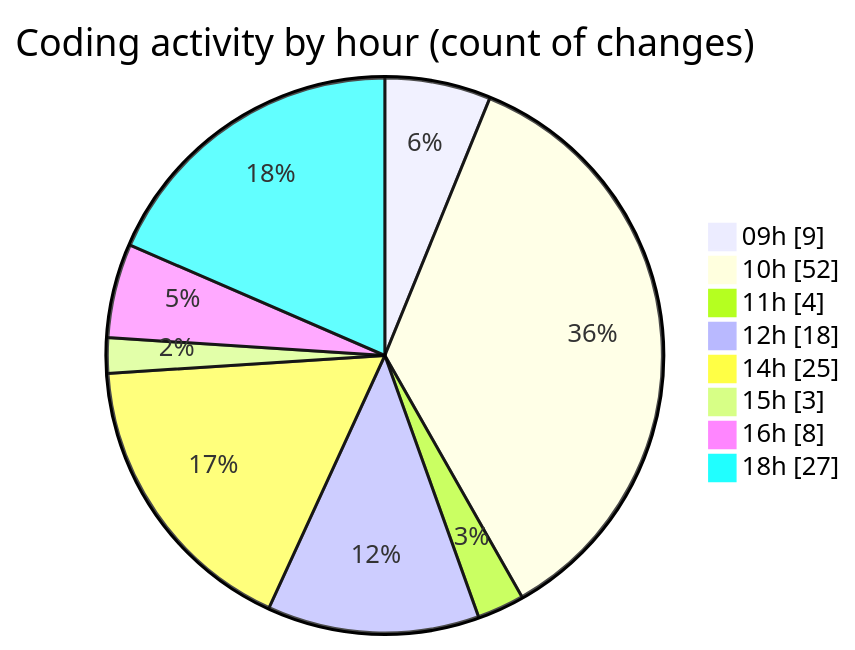
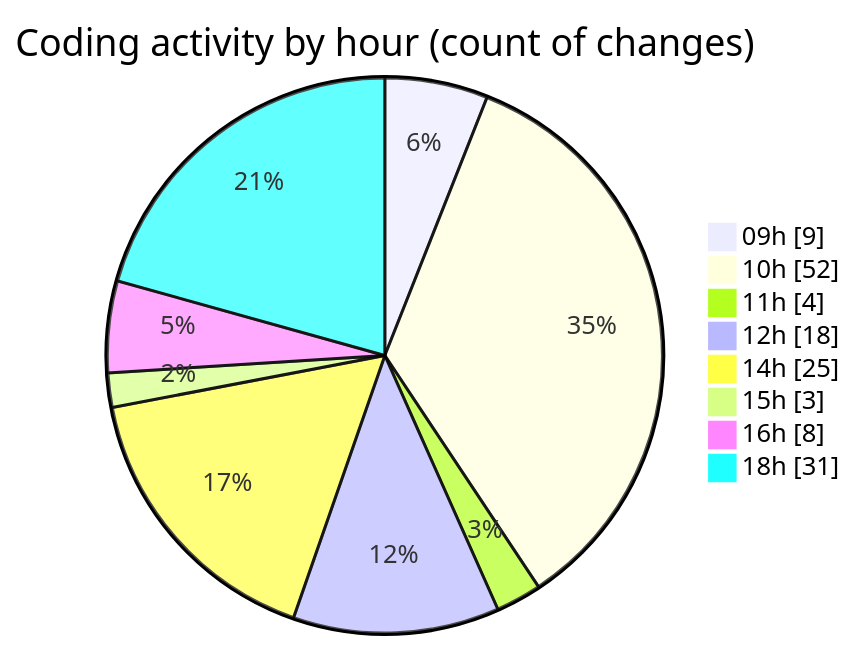
Before and after one commit to momahboobian/code-tracking: the second of 2 diagrams in 2026-09-01/cda/README.md, drawn with Mermaid. The commit also changed other lines of this file and 1 other file, not shown here.

````diff
--- a/2026-09-01/cda/README.md
+++ b/2026-09-01/cda/README.md
@@ -92,12 +92,12 @@
 ```mermaid
 pie showData
 title Coding activity by hour (count of changes)
 "09h" : 9
 "10h" : 52
 "11h" : 4
 "12h" : 18
 "14h" : 25
 "15h" : 3
 "16h" : 8
-"18h" : 27
+"18h" : 31
 ```
````
